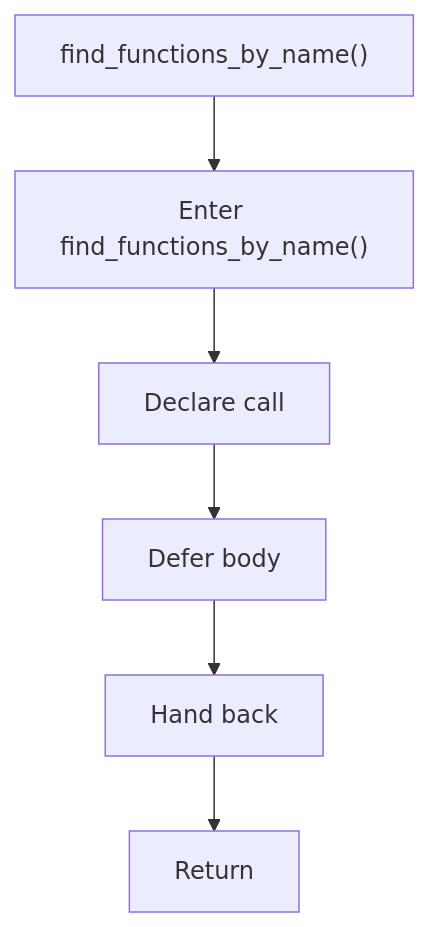
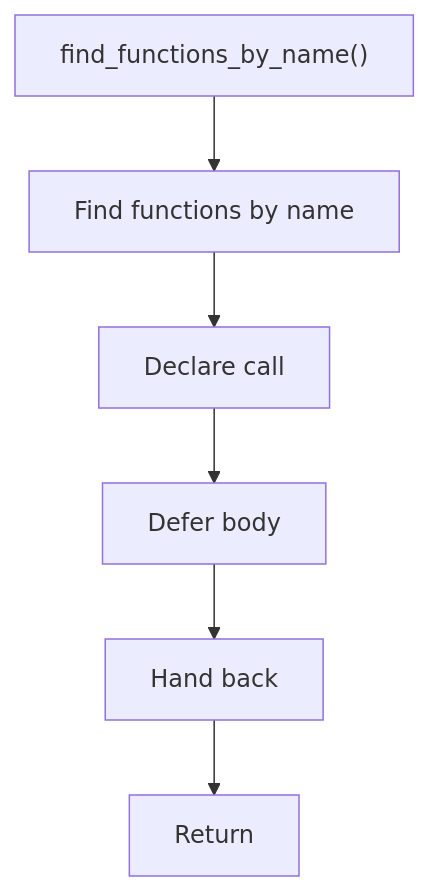
Before and after one commit to JohnAndrewBalbarosa/NeoTerritory: the diagram in docs/Codebase/Microservice/Modules/Header/SyntacticBrokenAST/Analysis/ImplementationUse/Binding/Symbols/Flow/functions/find_functions_by_name.hpp.md, drawn with Mermaid. The commit also changed other lines of this file and 915 other files, not shown here.

````diff
--- a/docs/Codebase/Microservice/Modules/Header/SyntacticBrokenAST/Analysis/ImplementationUse/Binding/Symbols/Flow/functions/find_functions_by_name.hpp.md
+++ b/docs/Codebase/Microservice/Modules/Header/SyntacticBrokenAST/Analysis/ImplementationUse/Binding/Symbols/Flow/functions/find_functions_by_name.hpp.md
@@ -16,14 +16,14 @@
 ```mermaid
 flowchart TD
     Start["find_functions_by_name()"]
-    N0["Enter find_functions_by_name()"]
+    N0["Find functions by name"]
     N1["Declare call"]
     N2["Defer body"]
     N3["Hand back"]
     End["Return"]
     Start --> N0
     N0 --> N1
     N1 --> N2
     N2 --> N3
     N3 --> End
 ```
````
